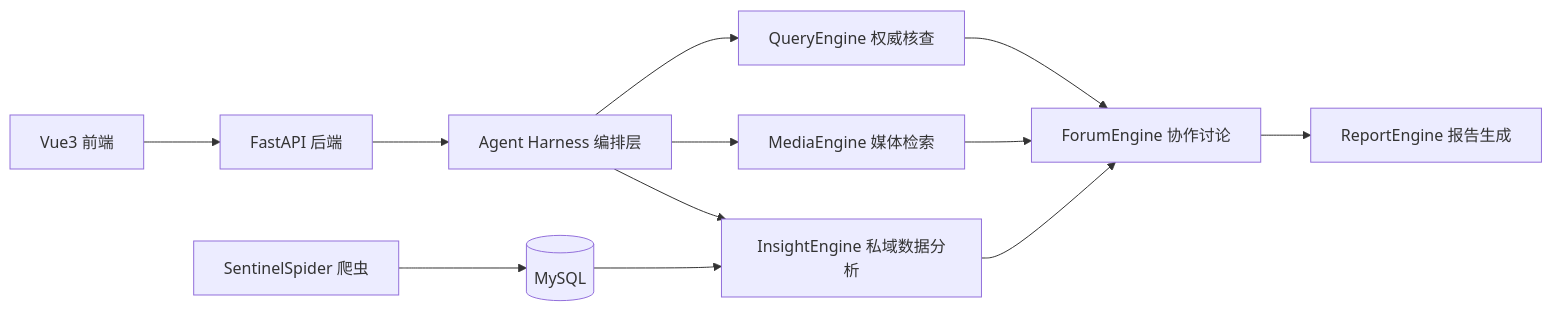
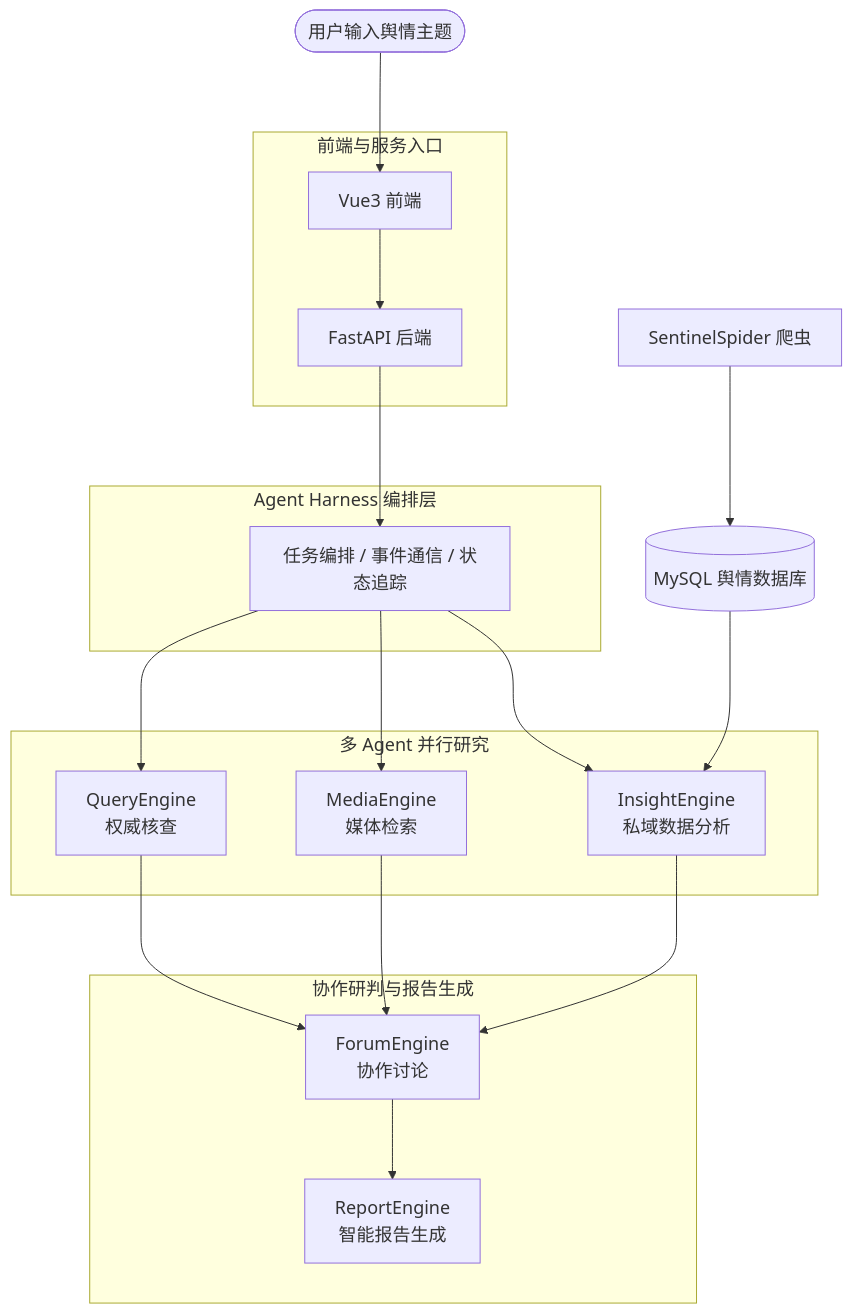
One commit to XiaoFeiCode/AgentResearchPlatform changed the diagram in README.md. Above: the diagram before and after it, drawn with Mermaid.

Commit message:
docs: enlarge README architecture diagram

````diff
--- a/README.md
+++ b/README.md
@@ -33,14 +33,37 @@
 ```mermaid
-flowchart LR
-  Frontend[Vue3 前端] --> Backend[FastAPI 后端]
-  Backend --> Harness[Agent Harness 编排层]
-  Harness --> Insight[InsightEngine 私域数据分析]
-  Harness --> Media[MediaEngine 媒体检索]
-  Harness --> Query[QueryEngine 权威核查]
-  Insight --> Forum[ForumEngine 协作讨论]
+%%{init: {"themeVariables": {"fontSize": "18px"}, "flowchart": {"nodeSpacing": 70, "rankSpacing": 80}}}%%
+flowchart TB
+  User([用户输入舆情主题])
+
+  subgraph Entry[前端与服务入口]
+    Frontend[Vue3 前端]
+    Backend[FastAPI 后端]
+  end
+
+  subgraph HarnessLayer[Agent Harness 编排层]
+    Harness[任务编排 / 事件通信 / 状态追踪]
+  end
+
+  subgraph Engines[多 Agent 并行研究]
+    Insight[InsightEngine<br/>私域数据分析]
+    Media[MediaEngine<br/>媒体检索]
+    Query[QueryEngine<br/>权威核查]
+  end
+
+  subgraph Output[协作研判与报告生成]
+    Forum[ForumEngine<br/>协作讨论]
+    Report[ReportEngine<br/>智能报告生成]
+  end
+
+  Spider[SentinelSpider 爬虫] --> MySQL[(MySQL 舆情数据库)]
+
+  User --> Frontend --> Backend --> Harness
+  Harness --> Insight
+  Harness --> Media
+  Harness --> Query
+  MySQL --> Insight
+  Insight --> Forum
   Media --> Forum
   Query --> Forum
-  Forum --> Report[ReportEngine 报告生成]
-  Spider[SentinelSpider 爬虫] --> MySQL[(MySQL)]
-  MySQL --> Insight
+  Forum --> Report
 ```
````
